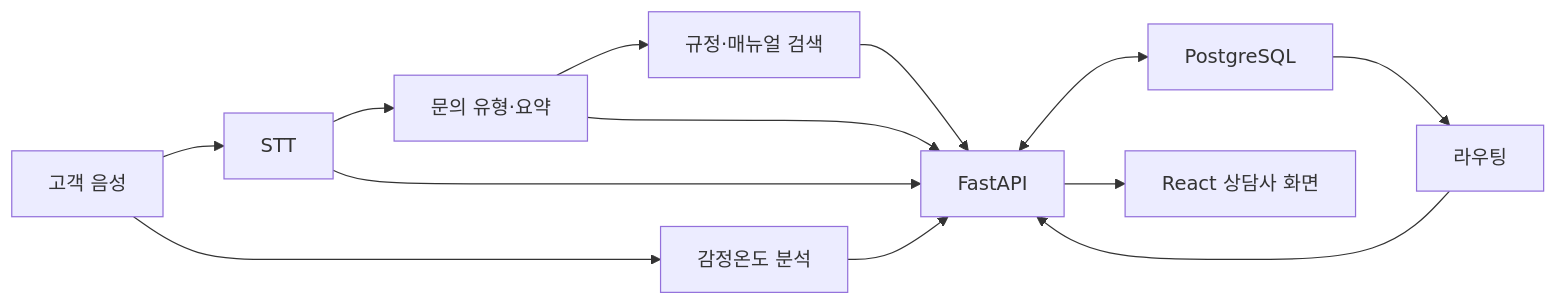
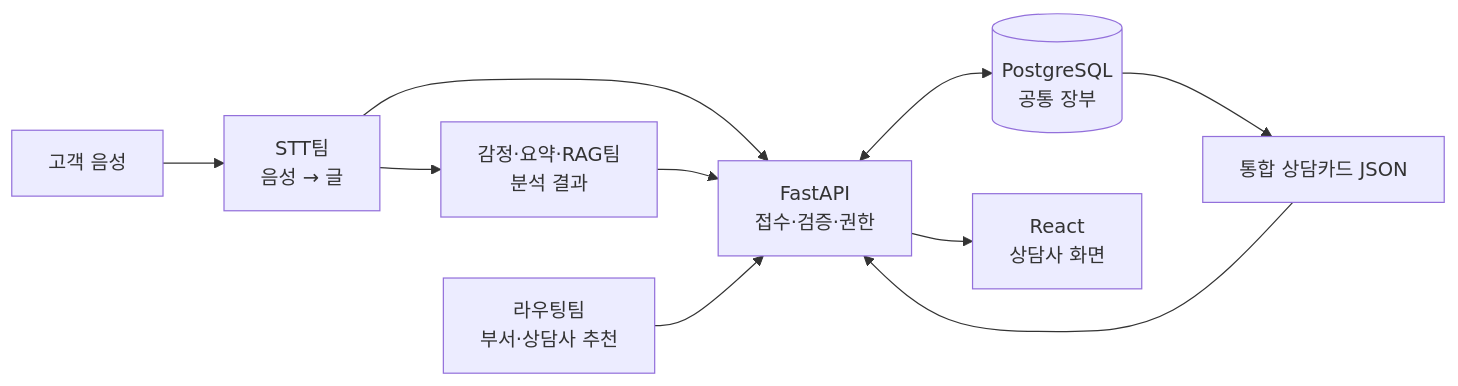
One commit to bluealmond33-debug/kda4-k7-product changed the first of 2 diagrams in database/README.md. Above: the diagram before and after it, drawn with Mermaid. The commit also changed other lines of this file and 1 other file, not shown here.

````diff
--- a/database/README.md
+++ b/database/README.md
@@ -26,17 +68,21 @@
 ```mermaid
 flowchart LR
-    CUSTOMER["고객 음성"] --> STT["STT"]
-    CUSTOMER --> EMOTION["감정온도 분석"]
-    STT --> CATEGORY["문의 유형·요약"]
-    CATEGORY --> RAG["규정·매뉴얼 검색"]
+    CUSTOMER["고객 음성"]
+    STT["STT팀<br/>음성 → 글"]
+    MODEL["감정·요약·RAG팀<br/>분석 결과"]
+    API["FastAPI<br/>접수·검증·권한"]
+    DB[("PostgreSQL<br/>공통 장부")]
+    ROUTING["라우팅팀<br/>부서·상담사 추천"]
+    RESPONSE["통합 상담카드 JSON"]
+    UI["React<br/>상담사 화면"]
 
-    STT --> API["FastAPI"]
-    EMOTION --> API
-    CATEGORY --> API
-    RAG --> API
-
-    API <--> DB["PostgreSQL"]
-    DB --> ROUTING["라우팅"]
+    CUSTOMER --> STT
+    STT --> API
+    STT --> MODEL
+    MODEL --> API
     ROUTING --> API
-    API --> REACT["React 상담사 화면"]
+    API <--> DB
+    DB --> RESPONSE
+    RESPONSE --> API
+    API --> UI
 ```
````
